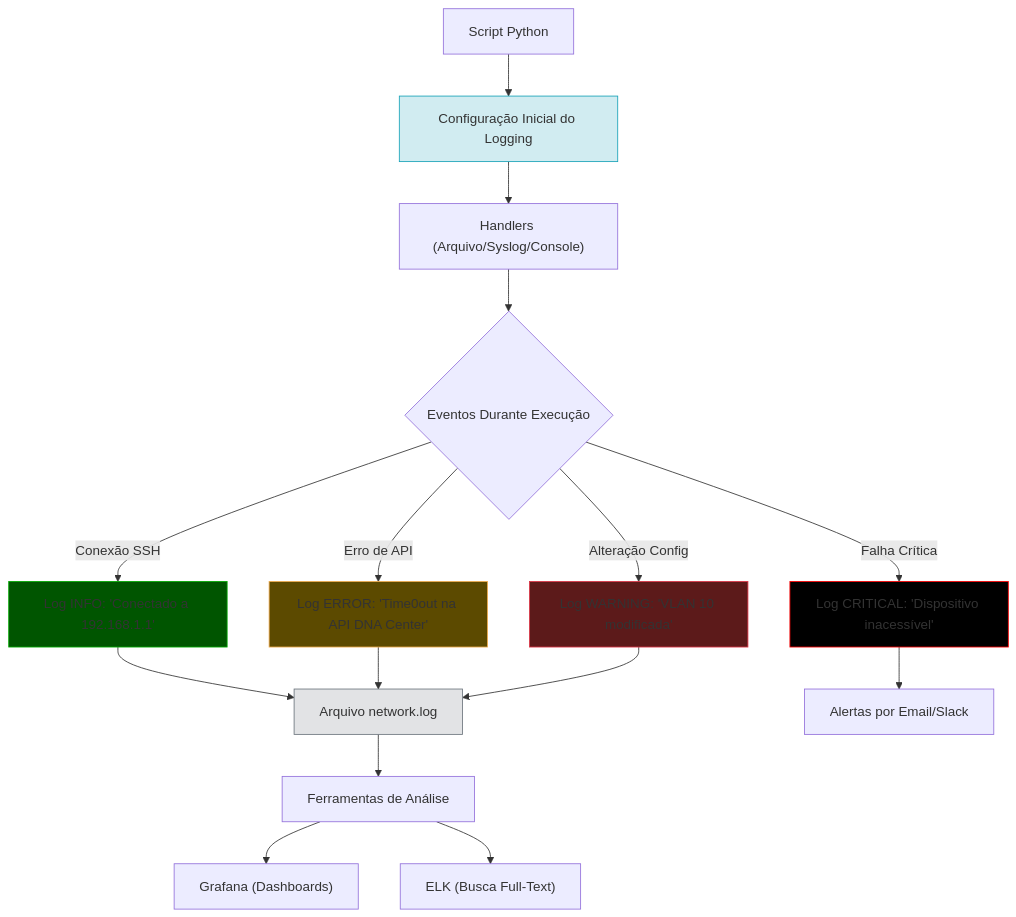
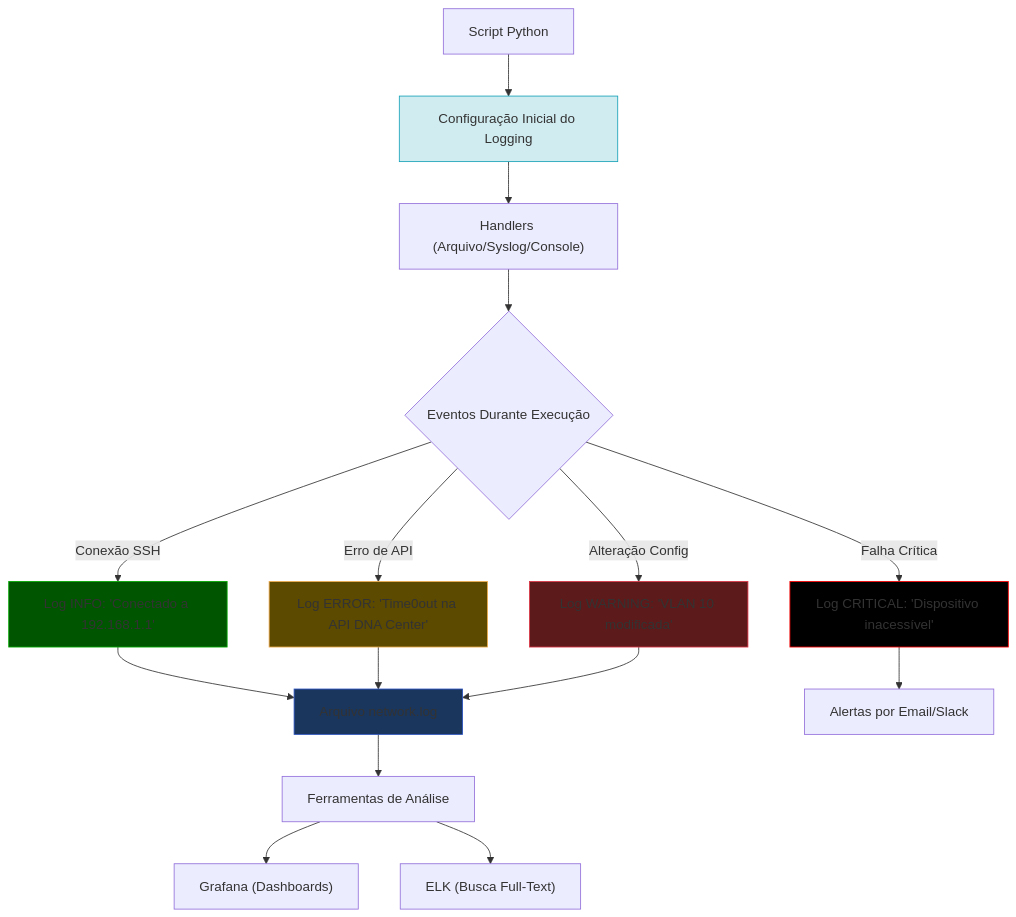
Before and after one commit to alcancil/Cisco: the diagram in CCNP 350-401 ENCOR/06 - Automation/17- Python - Basico 12 - Logging/README.md, drawn with Mermaid.

Commit message:
Alterado o arquivo README.md

````diff
--- a/CCNP 350-401 ENCOR/06 - Automation/17- Python - Basico 12 - Logging/README.md
+++ b/CCNP 350-401 ENCOR/06 - Automation/17- Python - Basico 12 - Logging/README.md
@@ -32,24 +32,24 @@
 ```mermaid
 graph TB
     A[Script Python] --> B[Configuração Inicial do Logging]
     B --> C["Handlers (Arquivo/Syslog/Console)"]
     C --> D{"Eventos Durante Execução"}
     D -->|Conexão SSH| E[Log INFO: 'Conectado a 192.168.1.1']
     D -->|Erro de API| F[Log ERROR: 'Time0out na API DNA Center']
     D -->|Alteração Config| G[Log WARNING: 'VLAN 10 modificada']
     D -->|Falha Crítica| H[Log CRITICAL: 'Dispositivo inacessível']
     E --> I[Arquivo network.log]
     F --> I
     G --> I
     H --> J[Alertas por Email/Slack]
     I --> K[Ferramentas de Análise]
     K --> L["Grafana (Dashboards)"]
     K --> M["ELK (Busca Full-Text)"]
 
     style B fill:#d1ecf1,stroke:#17a2b8,color:#000000  # Configuracao
     style E fill:#005500,stroke:#00AA00,color:#FFFFFF  # INFO
     style F fill:#5c4a00,stroke:#f0ad4e,color:#FFFFFF  # ERROR
     style G fill:#5c1a1a,stroke:#dc3545,color:#FFFFFF  # WARNING
-    style H fill:#000000,stroke:#ff0000,color:#ffffff  # CRITICAL
-    style I fill:#e2e3e5,stroke:#6c757d,color:#000000  # Arquivo
+    style H fill:#000000,stroke:#ff0000,color:#FFFFFF  # CRITICAL
+    style I fill:#1a365d,stroke:#2a52be,color:#FFFFFF  # Arquivo
 ```
````
